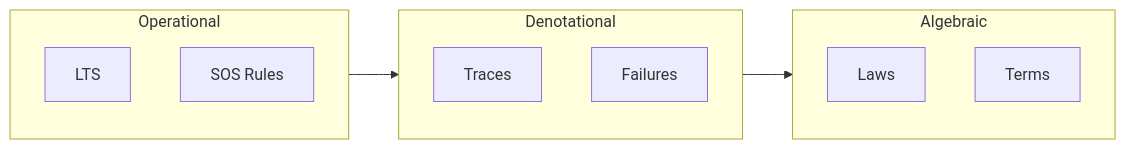
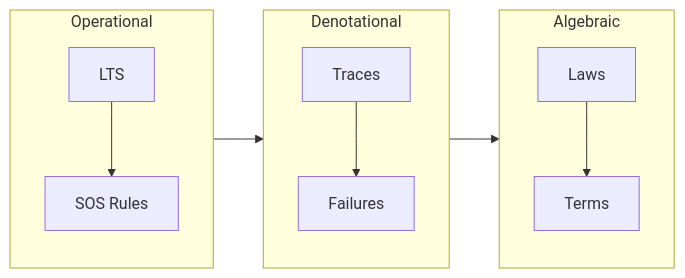
The seventh of 9 diagrams in process-algebra-verifier/docs/theory.md (yshaaban/pa), drawn with Mermaid before and after one commit. The commit also changed other lines of this file, not shown here.

First line of the commit message:
fix: enhance theory.md diagrams with internal relationships

````diff
--- a/process-algebra-verifier/docs/theory.md
+++ b/process-algebra-verifier/docs/theory.md
@@ -183,19 +186,25 @@
 ```mermaid
 graph LR
     subgraph Operational[Operational]
+        direction TB
         LTS[LTS]
         SOS[SOS Rules]
+        LTS --> SOS
     end
 
     subgraph Denotational[Denotational]
+        direction TB
         Trace[Traces]
         Fail[Failures]
+        Trace --> Fail
     end
 
     subgraph Algebraic[Algebraic]
+        direction TB
         Law[Laws]
         Term[Terms]
+        Law --> Term
     end
 
     Operational --> Denotational --> Algebraic
 ```
````
